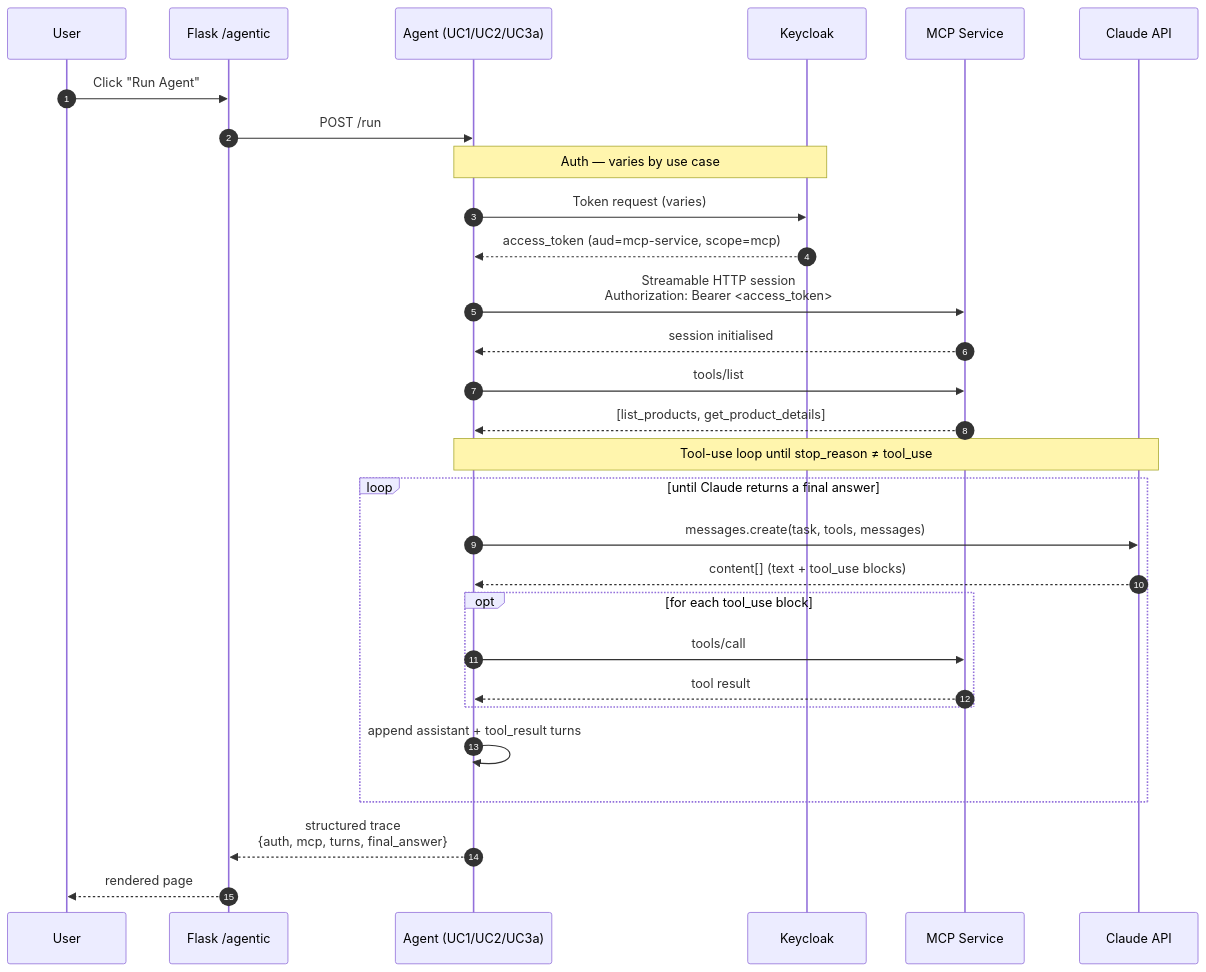
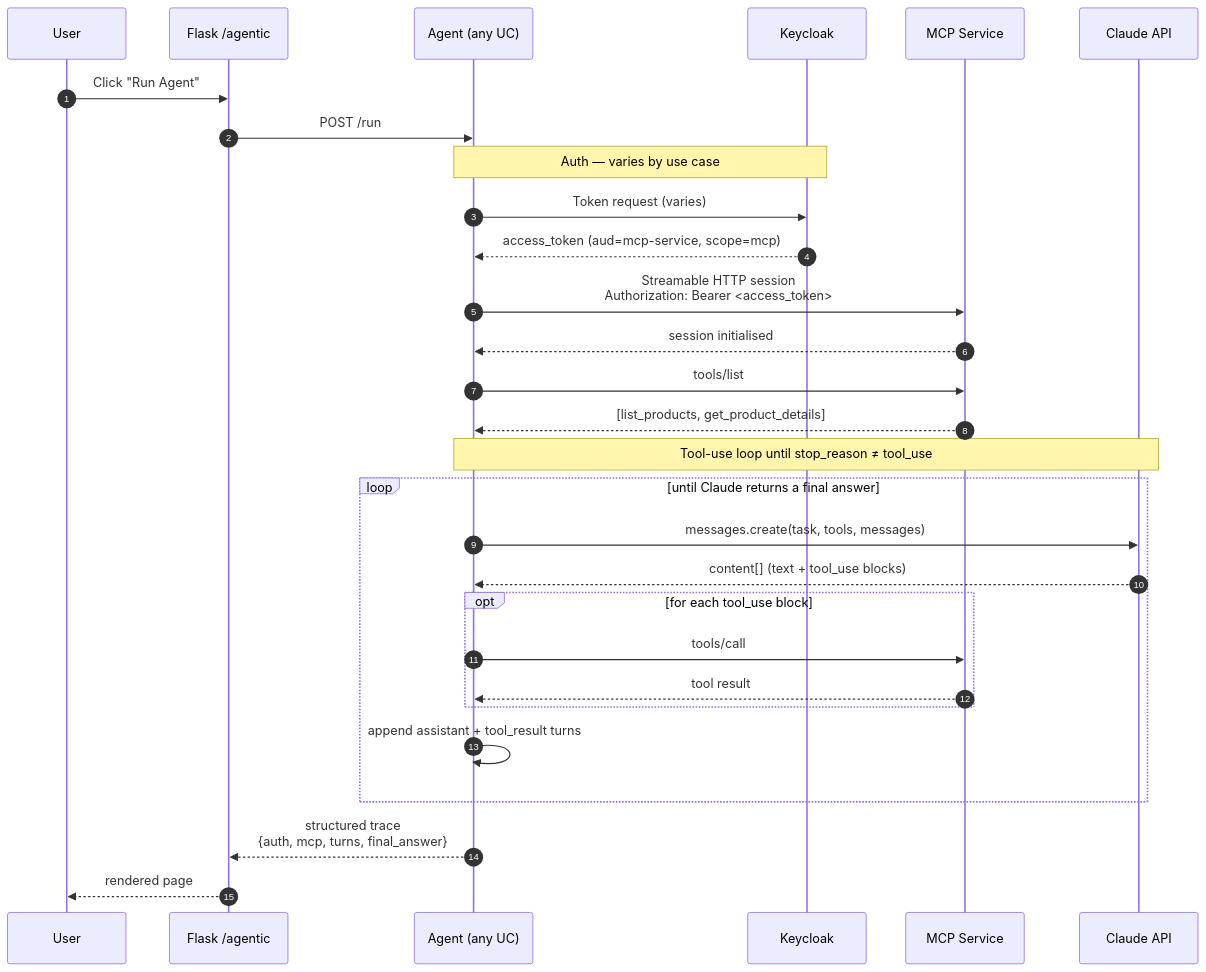
One commit to sebf92/oauth2tests changed the second of 6 diagrams in docs/agentic-ai.md. Above: the diagram before and after it, drawn with Mermaid. The commit also changed other lines of this file and 19 other files, not shown here.

````diff
--- a/docs/agentic-ai.md
+++ b/docs/agentic-ai.md
@@ -155,36 +161,36 @@
 ```mermaid
 sequenceDiagram
     autonumber
     participant U as User
     participant F as Flask /agentic
-    participant A as Agent (UC1/UC2/UC3a)
+    participant A as Agent (any UC)
     participant KC as Keycloak
     participant M as MCP Service
     participant CL as Claude API
 
     U->>F: Click "Run Agent"
     F->>A: POST /run
 
     Note over A,KC: Auth — varies by use case
     A->>KC: Token request (varies)
     KC-->>A: access_token (aud=mcp-service, scope=mcp)
 
     A->>M: Streamable HTTP session<br/>Authorization: Bearer <access_token>
     M-->>A: session initialised
     A->>M: tools/list
     M-->>A: [list_products, get_product_details]
 
     Note over A,CL: Tool-use loop until stop_reason ≠ tool_use
     loop until Claude returns a final answer
         A->>CL: messages.create(task, tools, messages)
         CL-->>A: content[] (text + tool_use blocks)
         opt for each tool_use block
             A->>M: tools/call
             M-->>A: tool result
         end
         A->>A: append assistant + tool_result turns
     end
 
     A-->>F: structured trace<br/>{auth, mcp, turns, final_answer}
     F-->>U: rendered page
 ```
````
